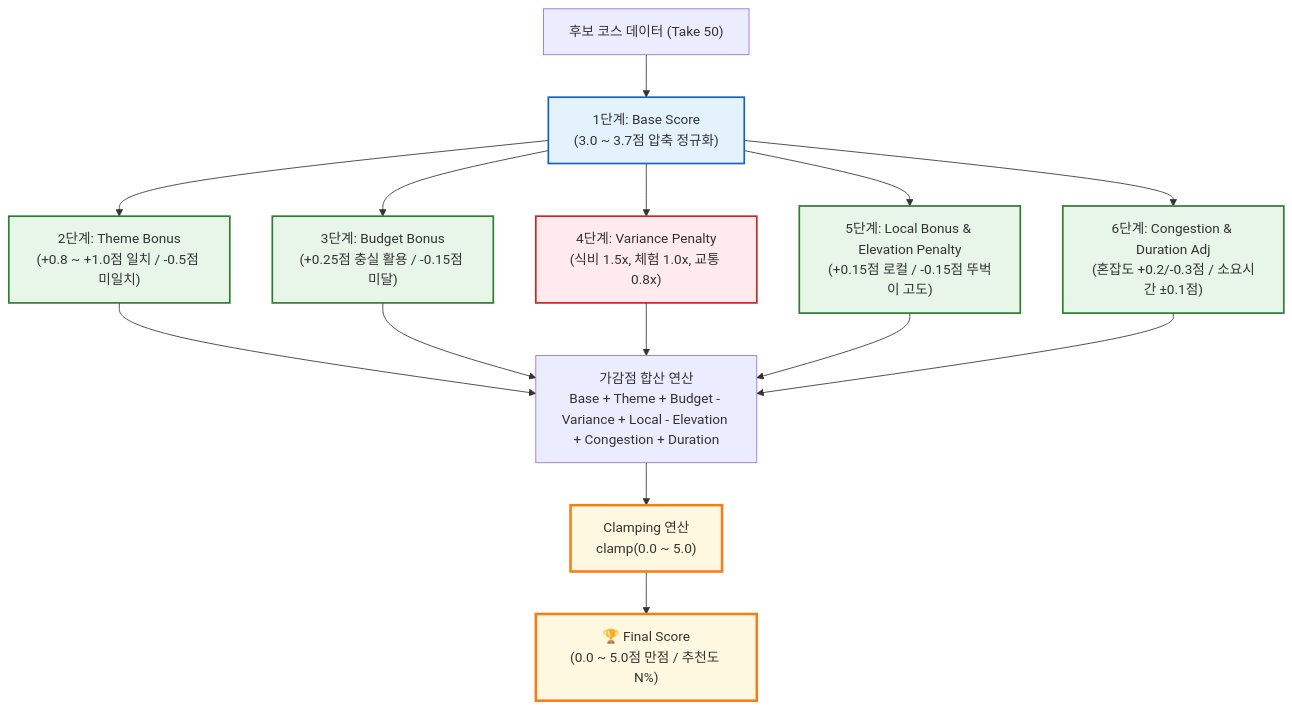
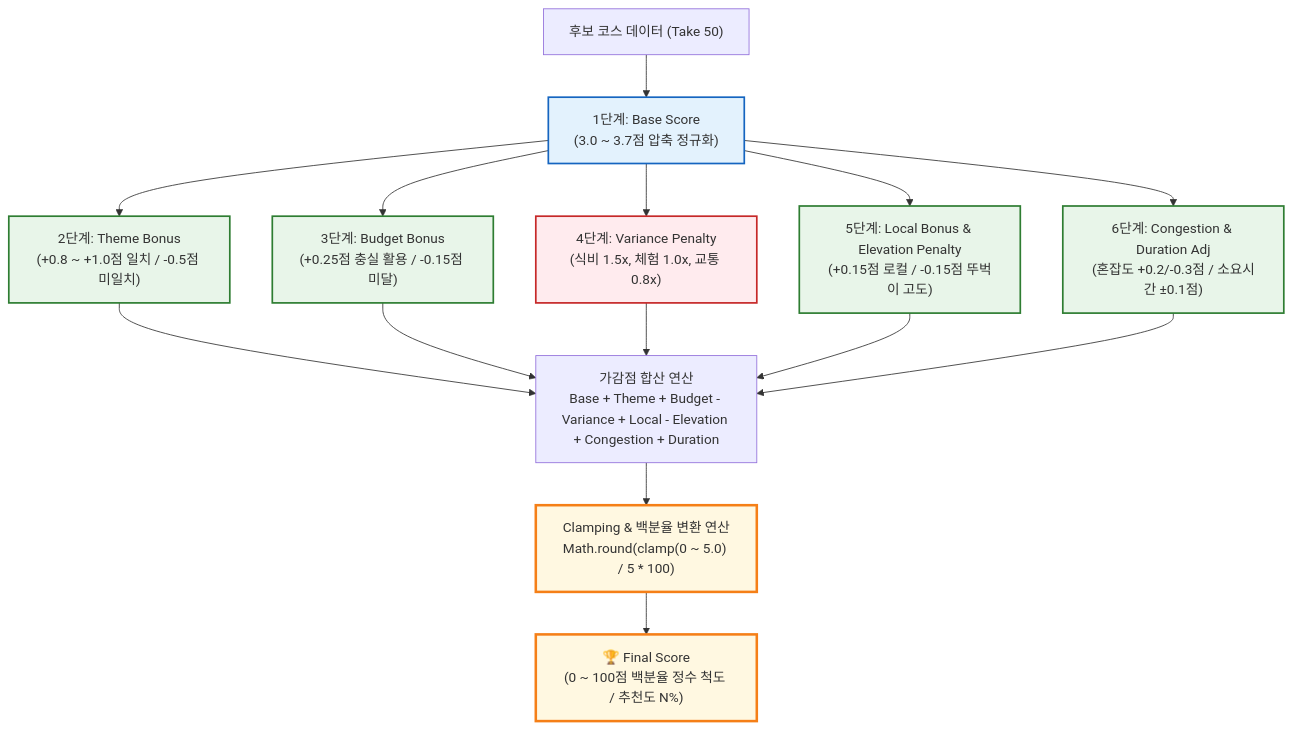
One commit to oiso-bagi/OISO-BE changed the third of 3 diagrams in docs/recommend-route-architecture.md. Above: the diagram before and after it, drawn with Mermaid. The commit also changed other lines of this file and 6 other files, not shown here.

First line of the commit message:
fix(recommendation): #95 추천도 score 반환 척도 0~100점 백분율 스케일 통일

````diff
--- a/docs/recommend-route-architecture.md
+++ b/docs/recommend-route-architecture.md
@@ -200,19 +200,19 @@
 ```mermaid
 flowchart TD
     classDef base fill:#e3f2fd,stroke:#1565c0,stroke-width:2px;
     classDef bonus fill:#e8f5e9,stroke:#2e7d32,stroke-width:2px;
     classDef penalty fill:#ffebee,stroke:#c62828,stroke-width:2px;
     classDef final fill:#fff8e1,stroke:#f57f17,stroke-width:3px;
 
     Start["후보 코스 데이터 (Take 50)"] --> Step1["1단계: Base Score<br/>(3.0 ~ 3.7점 압축 정규화)"]:::base
 
     Step1 --> Step2["2단계: Theme Bonus<br/>(+0.8 ~ +1.0점 일치 / -0.5점 미일치)"]:::bonus
     Step1 --> Step3["3단계: Budget Bonus<br/>(+0.25점 충실 활용 / -0.15점 미달)"]:::bonus
     Step1 --> Step4["4단계: Variance Penalty<br/>(식비 1.5x, 체험 1.0x, 교통 0.8x)"]:::penalty
     Step1 --> Step5["5단계: Local Bonus & Elevation Penalty<br/>(+0.15점 로컬 / -0.15점 뚜벅이 고도)"]:::bonus
     Step1 --> Step6["6단계: Congestion & Duration Adj<br/>(혼잡도 +0.2/-0.3점 / 소요시간 ±0.1점)"]:::bonus
 
     Step2 & Step3 & Step4 & Step5 & Step6 --> Sum["가감점 합산 연산<br/>Base + Theme + Budget - Variance + Local - Elevation + Congestion + Duration"]
-    Sum --> Clamp["Clamping 연산<br/>clamp(0.0 ~ 5.0)"]:::final
-    Clamp --> Output["🏆 Final Score<br/>(0.0 ~ 5.0점 만점 / 추천도 N%)"]:::final
+    Sum --> Clamp["Clamping & 백분율 변환 연산<br/>Math.round(clamp(0 ~ 5.0) / 5 * 100)"]:::final
+    Clamp --> Output["🏆 Final Score<br/>(0 ~ 100점 백분율 정수 척도 / 추천도 N%)"]:::final
 ```
````
